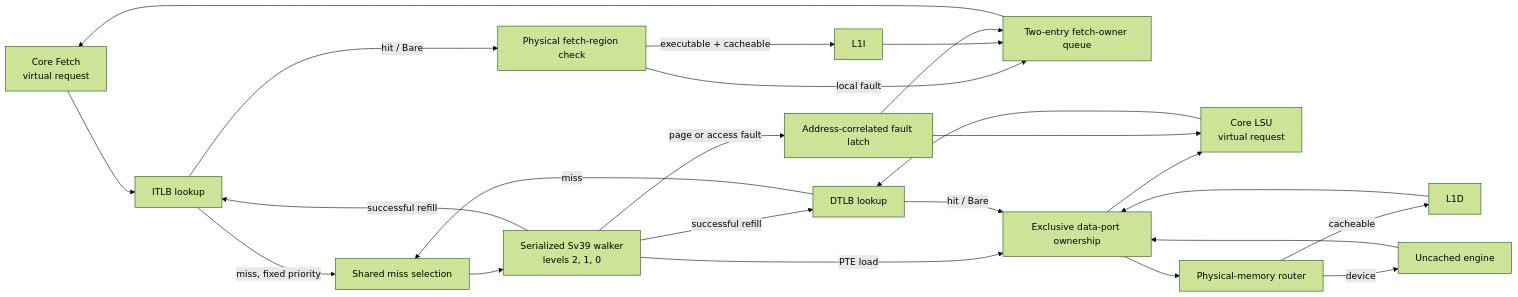
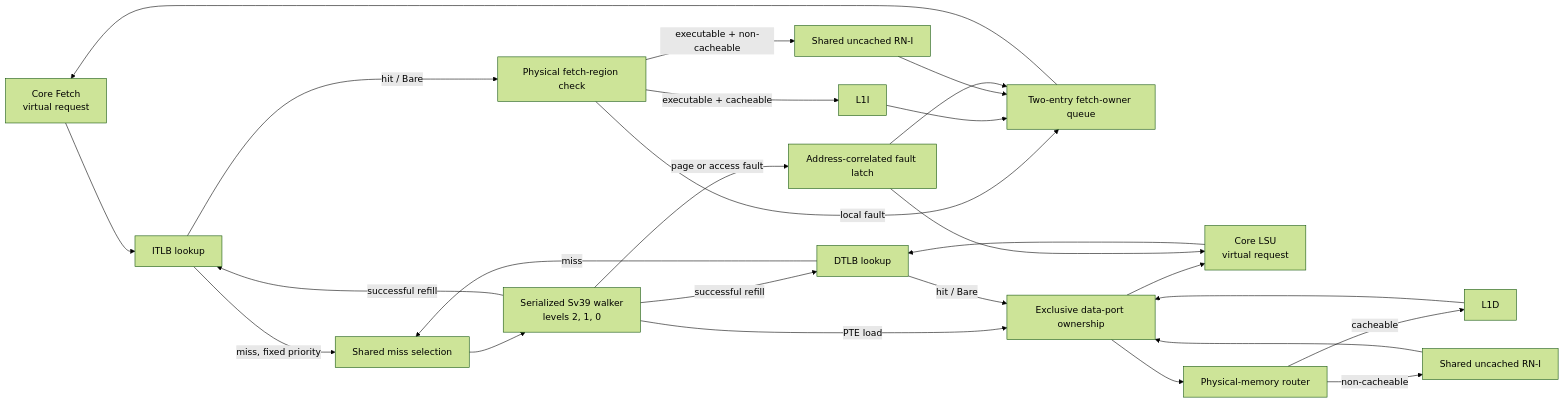
One commit to jerryz123/rhdl changed the diagram in cores/rv5stage/mmu/README.md. Above: the diagram before and after it, drawn with Mermaid (forest theme). The commit also changed other lines of this file and 34 other files, not shown here.

````diff
--- a/cores/rv5stage/mmu/README.md
+++ b/cores/rv5stage/mmu/README.md
@@ -40,30 +40,32 @@
 ```mermaid
 flowchart LR
   FETCH["Core Fetch<br/>virtual request"] --> ILOOKUP["ITLB lookup"]
   LSU["Core LSU<br/>virtual request"] --> DLOOKUP["DTLB lookup"]
 
   ILOOKUP -->|"hit / Bare"| ICHECK["Physical fetch-region check"]
   ICHECK -->|"executable + cacheable"| L1I["L1I"]
+  ICHECK -->|"executable + non-cacheable"| UNCACHED_I["Shared uncached RN-I"]
   ICHECK -->|"local fault"| IORDER["Two-entry fetch-owner queue"]
   L1I --> IORDER
+  UNCACHED_I --> IORDER
   IORDER --> FETCH
 
   ILOOKUP -->|"miss, fixed priority"| SELECT["Shared miss selection"]
   DLOOKUP -->|"miss"| SELECT
   SELECT --> PTW["Serialized Sv39 walker<br/>levels 2, 1, 0"]
   PTW -->|"successful refill"| ILOOKUP
   PTW -->|"successful refill"| DLOOKUP
   PTW -->|"PTE load"| ARB["Exclusive data-port ownership"]
 
   DLOOKUP -->|"hit / Bare"| ARB
   ARB --> ROUTER["Physical-memory router"]
   ROUTER -->|"cacheable"| L1D["L1D"]
-  ROUTER -->|"device"| DEVICE["Uncached engine"]
+  ROUTER -->|"non-cacheable"| DEVICE["Shared uncached RN-I"]
   L1D --> ARB
   DEVICE --> ARB
   ARB --> LSU
 
   PTW -->|"page or access fault"| FAULT["Address-correlated fault latch"]
   FAULT --> IORDER
   FAULT --> LSU
 ```
````
